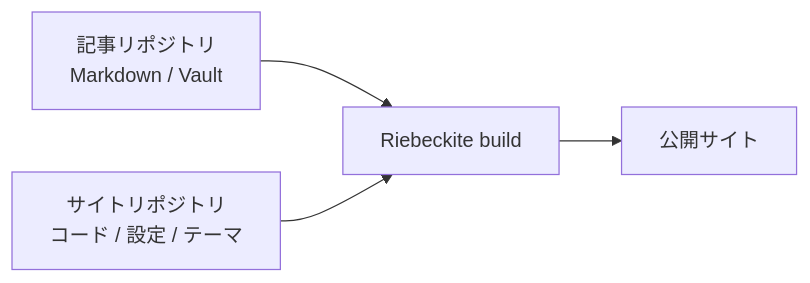
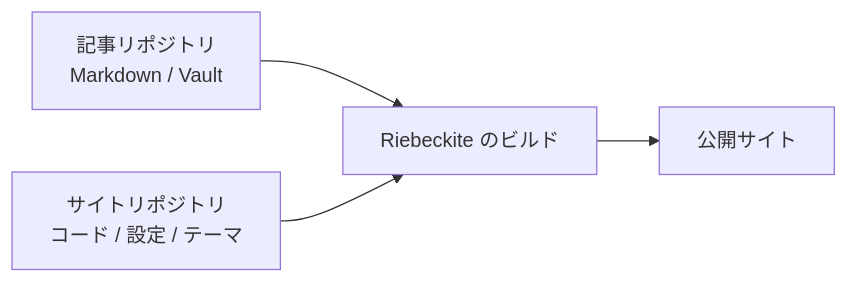
Before and after one commit to Rerurate514/riebeckite: the second of 10 diagrams in docs/docs/guides/content-repositories.ja.md, drawn with Mermaid. The commit also changed other lines of this file and 310 other files, not shown here.

````diff
--- a/docs/docs/guides/content-repositories.ja.md
+++ b/docs/docs/guides/content-repositories.ja.md
@@ -58,11 +58,11 @@
 ```mermaid
 flowchart LR
     Content["記事リポジトリ<br/>Markdown / Vault"]
     Site["サイトリポジトリ<br/>コード / 設定 / テーマ"]
-    Build["Riebeckite build"]
+    Build["Riebeckite のビルド"]
     Public["公開サイト"]
 
     Content --> Build
     Site --> Build
     Build --> Public
 ```
````
